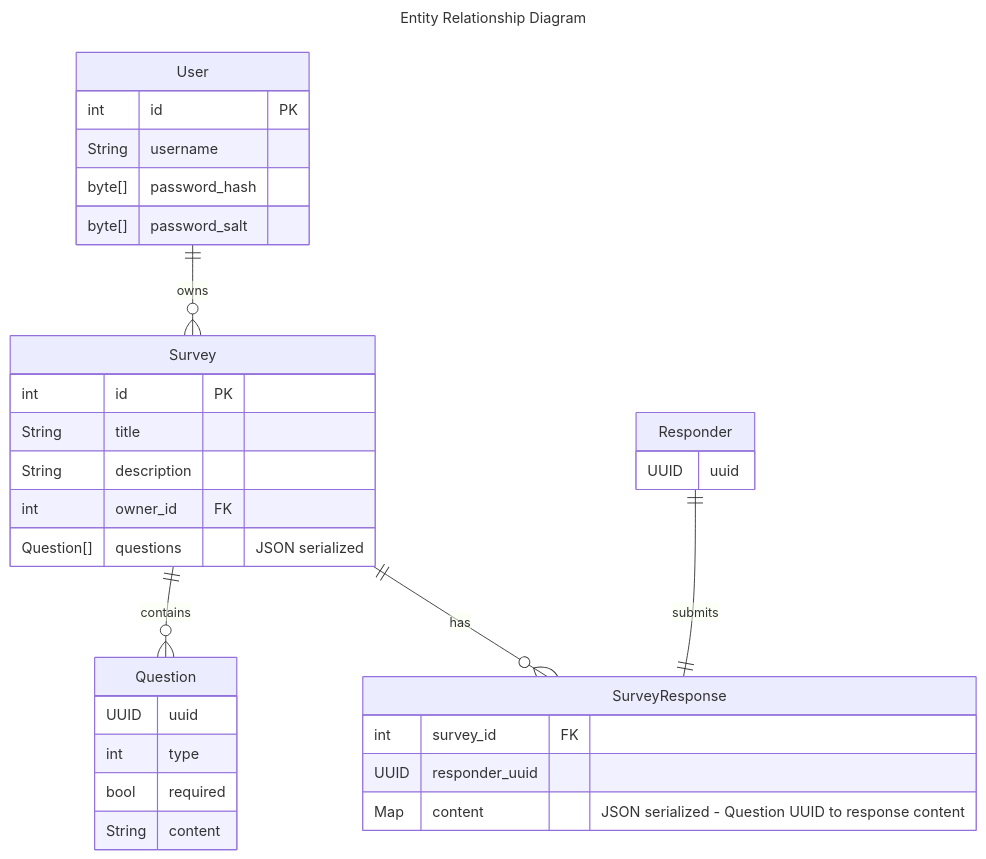
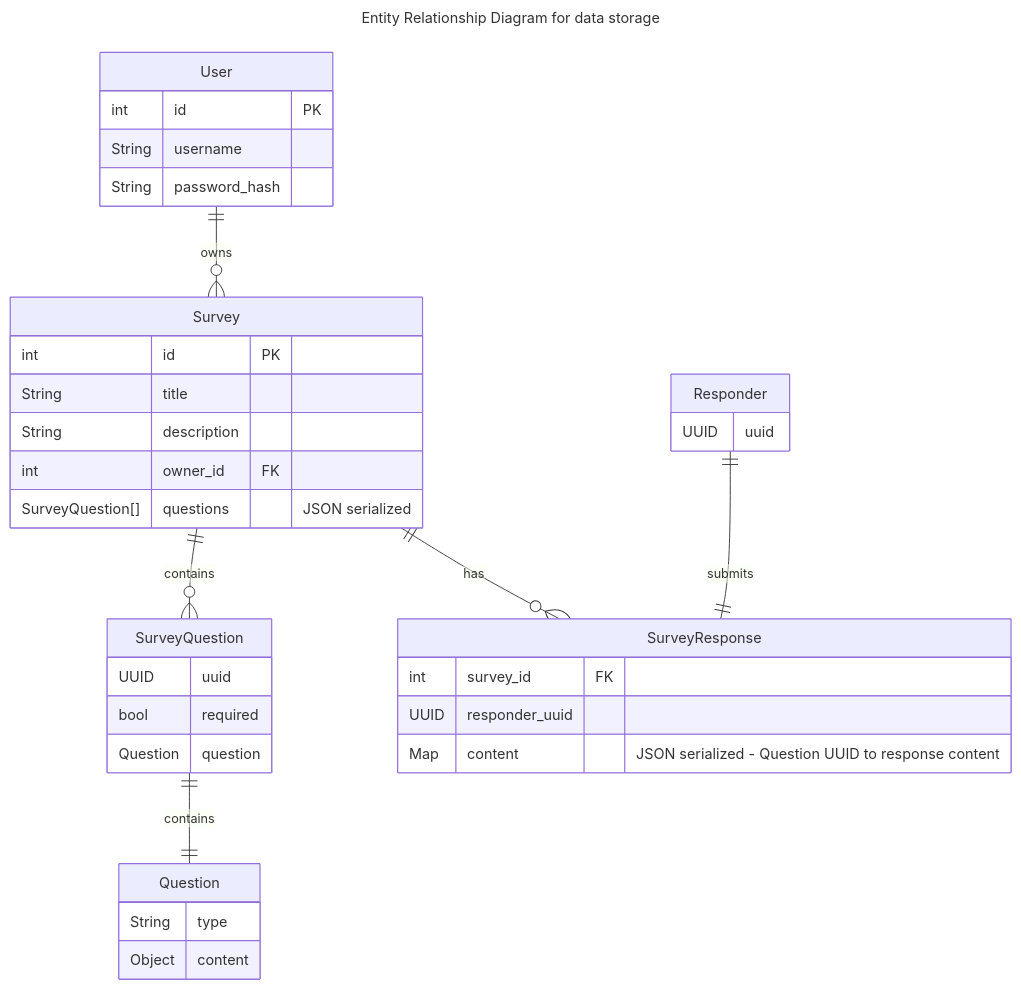
The second of 6 diagrams in docs/architecture.md (dyc3/d6-survey-service), drawn with Mermaid before and after one commit.

Commit message:
update storage diagram

````diff
--- a/docs/architecture.md
+++ b/docs/architecture.md
@@ -79,42 +79,46 @@
 ```mermaid
 ---
-title: Entity Relationship Diagram
+title: Entity Relationship Diagram for data storage
 ---
 erDiagram
     User {
         int id PK
         String username
-        byte[] password_hash
-        byte[] password_salt
+        String password_hash
     }
 
     Responder {
         UUID uuid
     }
 
     Survey {
         int id PK
         String title
         String description
         int owner_id FK
-        Question[] questions "JSON serialized"
+        SurveyQuestion[] questions "JSON serialized"
+    }
+
+    SurveyQuestion {
+        UUID uuid
+        bool required
+        Question question
     }
 
     Question {
-        UUID uuid
-        int type
-        bool required
-        String content
+      String type
+      Object content
     }
 
     SurveyResponse {
         int survey_id FK
         UUID responder_uuid
         Map content "JSON serialized - Question UUID to response content"
     }
 
     User ||--o{ Survey : owns
-    Survey ||--o{ Question : contains
+    Survey ||--o{ SurveyQuestion : contains
+    SurveyQuestion ||--|| Question : contains
     Responder ||--|| SurveyResponse : submits
     Survey ||--o{ SurveyResponse : has
 ```
````
